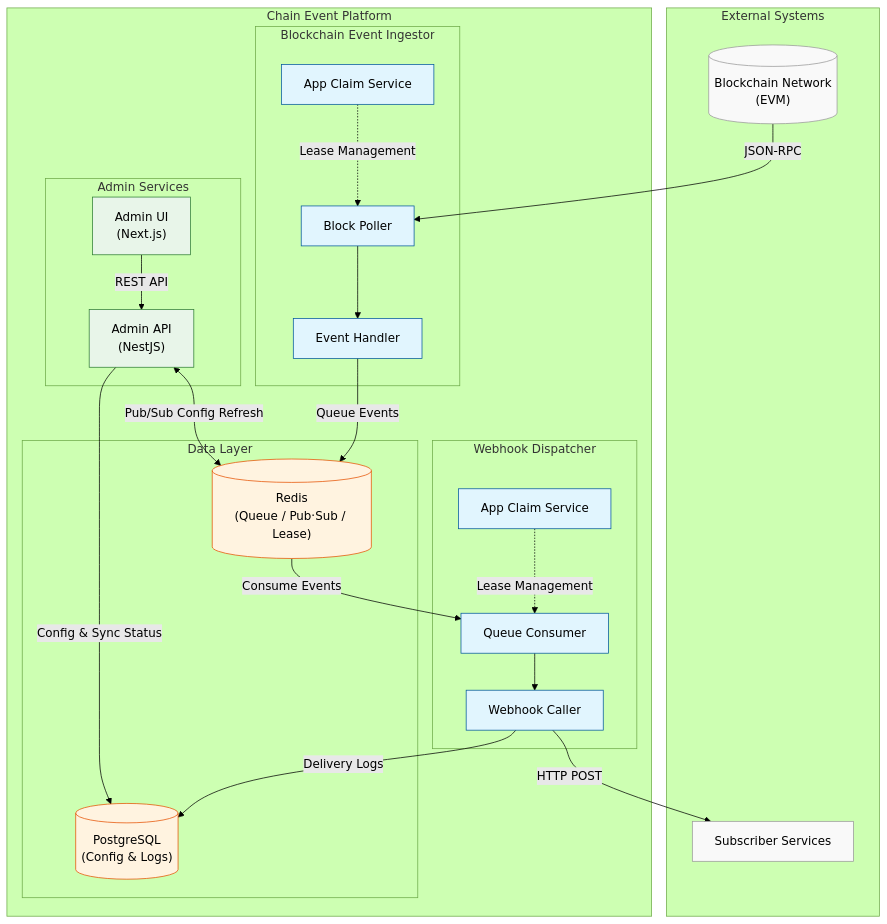
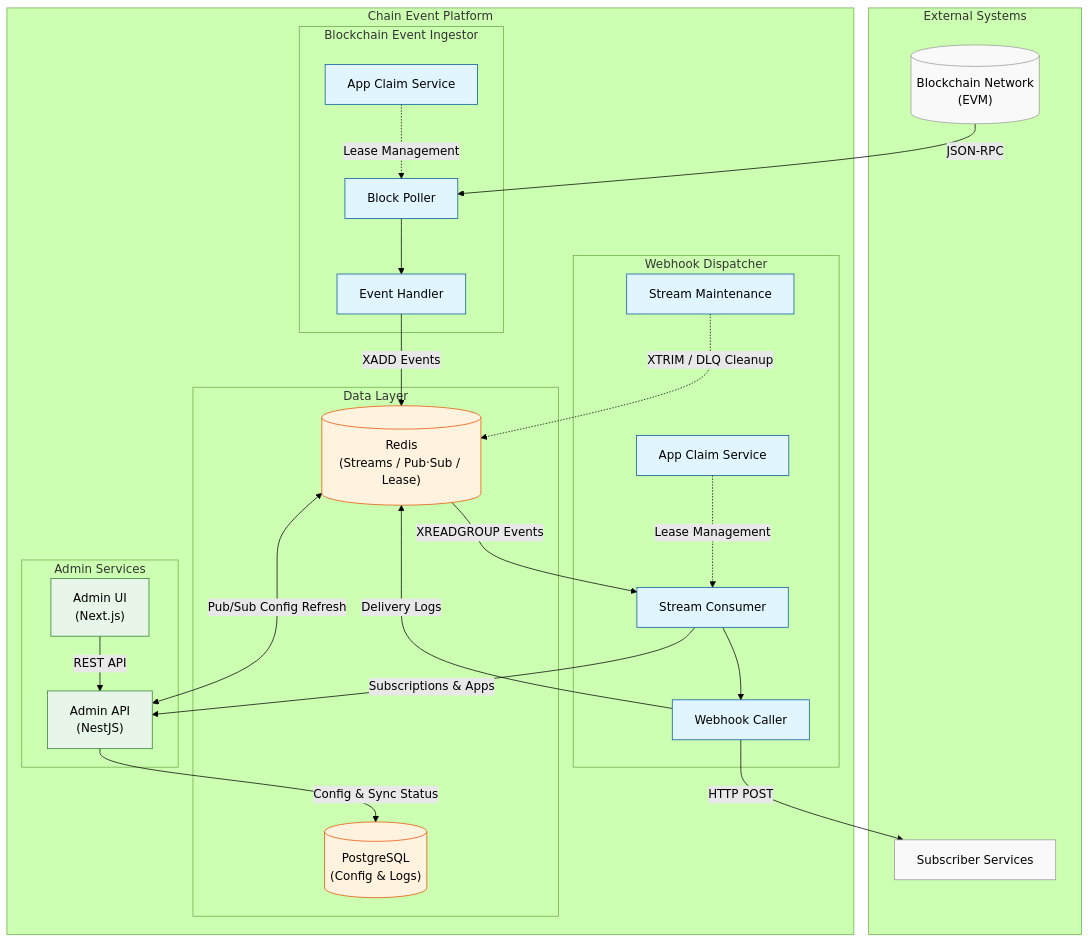
Before and after one commit to ymseok/chain-event-platform: the first of 3 diagrams in README.md, drawn with Mermaid (forest theme). The commit also changed other lines of this file, not shown here.

First line of the commit message:
docs(readme): update for Redis Streams, security hardening, and contract verification

````diff
--- a/README.md
+++ b/README.md
@@ -25,57 +28,60 @@
 ```mermaid
 flowchart TB
     subgraph External["External Systems"]
         BC[("Blockchain Network<br/>(EVM)")]
         SUB["Subscriber Services"]
     end
 
     subgraph Platform["Chain Event Platform"]
         subgraph Ingestor["Blockchain Event Ingestor"]
             BP["Block Poller"]
             EH["Event Handler"]
             AC1["App Claim Service"]
             BP --> EH
             AC1 -.->|"Lease Management"| BP
         end
 
         subgraph Storage["Data Layer"]
-            REDIS[("Redis<br/>(Queue / Pub·Sub / Lease)")]
+            REDIS[("Redis<br/>(Streams / Pub·Sub / Lease)")]
             PG[("PostgreSQL<br/>(Config & Logs)")]
         end
 
         subgraph Admin["Admin Services"]
             API["Admin API<br/>(NestJS)"]
             UI["Admin UI<br/>(Next.js)"]
         end
 
         subgraph Dispatcher["Webhook Dispatcher"]
-            QC["Queue Consumer"]
+            QC["Stream Consumer"]
             WC["Webhook Caller"]
+            SM["Stream Maintenance"]
             AC2["App Claim Service"]
             QC --> WC
+            SM -.->|"XTRIM / DLQ Cleanup"| REDIS
             AC2 -.->|"Lease Management"| QC
         end
     end
 
     %% Connections
     BC -->|"JSON-RPC"| BP
-    EH -->|"Queue Events"| REDIS
-    REDIS -->|"Consume Events"| QC
+    EH -->|"XADD Events"| REDIS
+    REDIS -->|"XREADGROUP Events"| QC
     WC -->|"HTTP POST"| SUB
-    WC -->|"Delivery Logs"| PG
+    WC -->|"Delivery Logs"| REDIS
 
     API -->|"Config & Sync Status"| PG
     API <-->|"Pub/Sub Config Refresh"| REDIS
     UI -->|"REST API"| API
+    QC -->|"Subscriptions & Apps"| API
 
     %% Styling
     classDef external fill:#f9f9f9,stroke:#999
     classDef service fill:#e1f5fe,stroke:#01579b
     classDef storage fill:#fff3e0,stroke:#e65100
     classDef admin fill:#e8f5e9,stroke:#2e7d32
 
     class BC,SUB external
-    class BP,EH,AC1,QC,WC,AC2 service
+    class BP,EH,AC1,QC,WC,SM,AC2 service
     class REDIS,PG storage
     class API,UI admin
 ```
````
